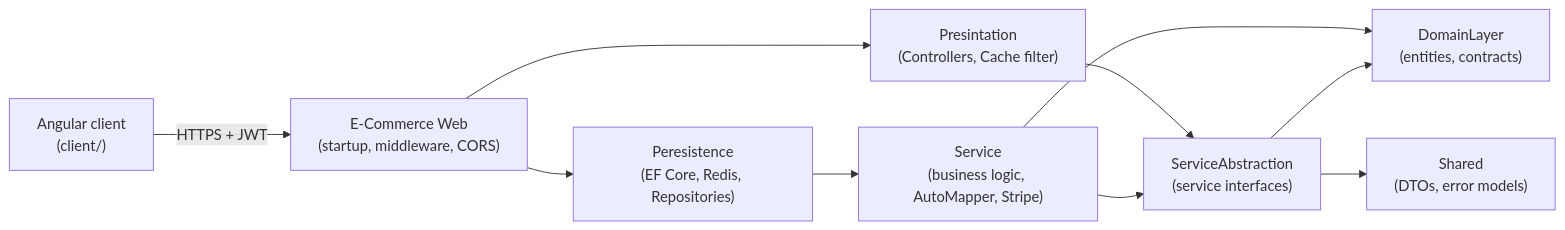
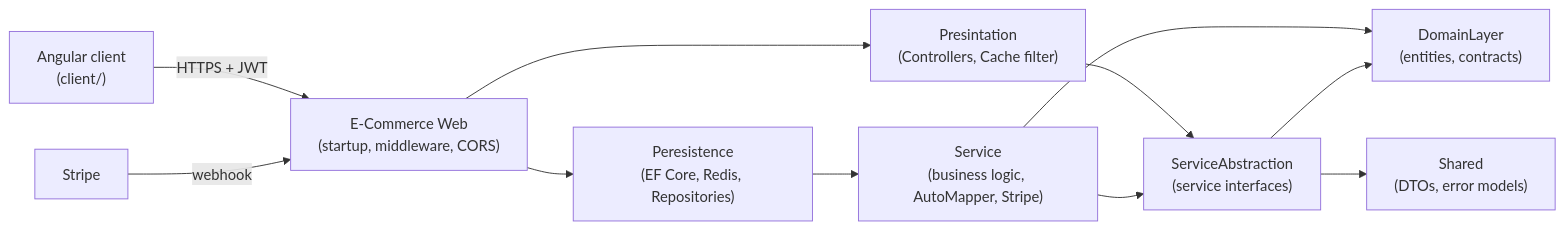
The first of 3 diagrams in README.md (AnasEltohamy/Talabat-Platform), drawn with Mermaid before and after one commit. The commit also changed other lines of this file and 8 other files, not shown here.

Commit message:
docs: final README with setup guide, Stripe webhook flow, and screenshots

````diff
--- a/README.md
+++ b/README.md
@@ -68,12 +96,13 @@
 ```mermaid
 flowchart LR
     Web["E-Commerce Web<br/>(startup, middleware, CORS)"] --> Pres["Presintation<br/>(Controllers, Cache filter)"]
     Web --> Pers["Peresistence<br/>(EF Core, Redis, Repositories)"]
     Pres --> SA["ServiceAbstraction<br/>(service interfaces)"]
     Pers --> Svc["Service<br/>(business logic, AutoMapper, Stripe)"]
     Svc --> SA
     Svc --> Dom["DomainLayer<br/>(entities, contracts)"]
     SA --> Dom
     SA --> Shared["Shared<br/>(DTOs, error models)"]
     Client["Angular client<br/>(client/)"] -->|HTTPS + JWT| Web
+    Stripe["Stripe"] -->|webhook| Web
 ```
````
